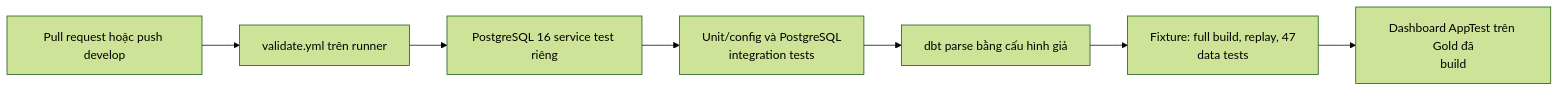
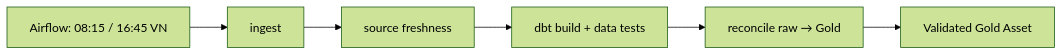
Before and after one commit to PhucTruong11/laplaptech_pipeline: the diagram in docs/architecture/data_flow.md, drawn with Mermaid (forest theme). The commit also changed other lines of this file and 46 other files, not shown here.

````diff
--- a/docs/architecture/data_flow.md
+++ b/docs/architecture/data_flow.md
@@ -191,10 +33,8 @@
 ```mermaid
-%%{init: {"flowchart": {"htmlLabels": false}}}%%
 flowchart LR
-    PR["Pull request hoặc push develop"] --> CI["validate.yml trên runner"]
-    CI --> PG["PostgreSQL 16 service test riêng"]
-    PG --> UT["Unit/config và PostgreSQL<br/>integration tests"]
-    UT --> PARSE["dbt parse bằng cấu hình giả"]
-    PARSE --> E2E["Fixture: full build, replay, 47<br/>data tests"]
-    E2E --> UI["Dashboard AppTest trên Gold đã<br/>build"]
+    A["Airflow: 08:15 / 16:45 VN"] --> I["ingest"]
+    I --> F["source freshness"]
+    F --> B["dbt build + data tests"]
+    B --> R["reconcile raw → Gold"]
+    R --> G["Validated Gold Asset"]
 ```
````
